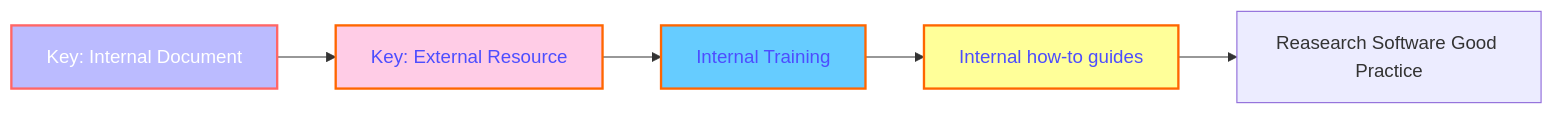
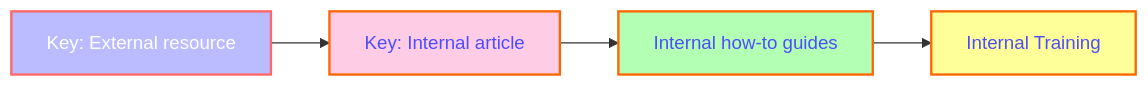
One commit to ICR-SC/good-practice changed the first of 2 diagrams in docs/index.md. Above: the diagram before and after it, drawn with Mermaid. The commit also changed other lines of this file, not shown here.

Commit message:
ICR colors

````diff
--- a/docs/index.md
+++ b/docs/index.md
@@ -5,11 +5,10 @@
 ``` mermaid
 graph LR
-  K1[Key: Internal Document] --> K2[Key: External Resource];
-  K2 --> K3[Internal Training];
-  K3 --> K4[Internal how-to guides];
-  K4 --> A[Reasearch Software Good Practice];
+  K1[Key: External resource]  --> K2[Key: Internal article];
+  K2 --> K3[Internal how-to guides];
+  K3 --> K4[Internal Training];
   style K1 fill:#bbf,stroke:#f66,stroke-width:2px,color:#fff
   style K2 fill:#ffcce6,stroke:#ff6600,stroke-width:2px,color:#4d4dff
-  style K3 fill:#66ccff,stroke:#ff6600,stroke-width:2px,color:#4d4dff
+  style K3 fill:#b3ffb3,stroke:#ff6600,stroke-width:2px,color:#4d4dff
   style K4 fill:#ffff99,stroke:#ff6600,stroke-width:2px,color:#4d4dff
 ```
````
